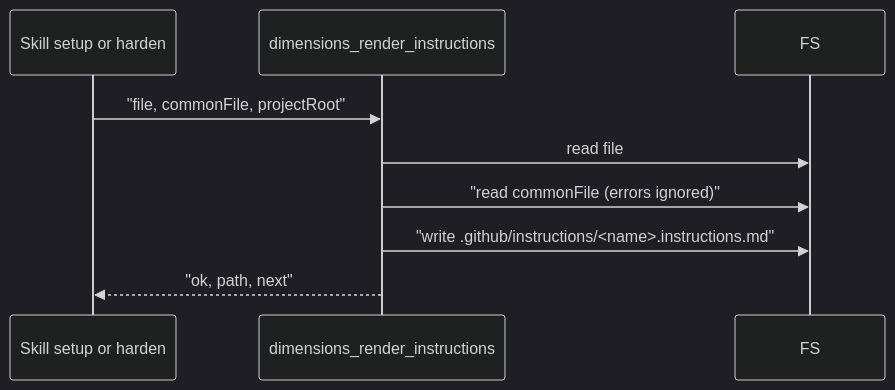
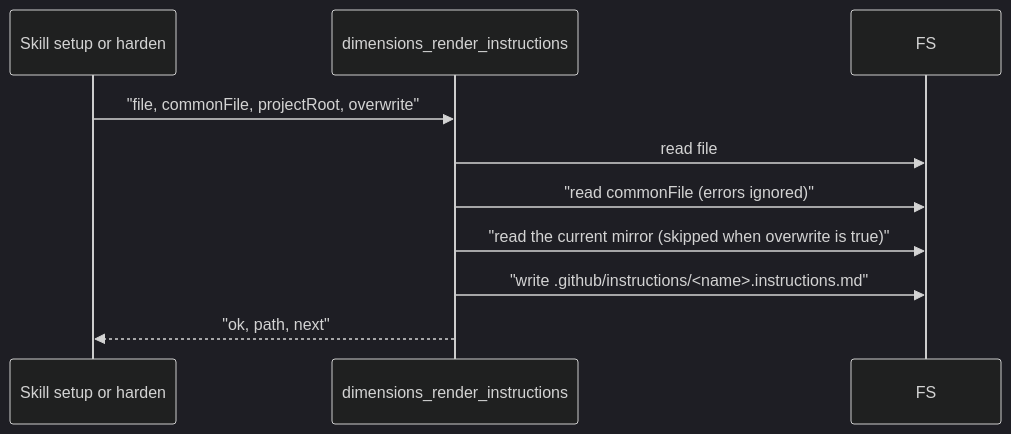
One commit to rnagrodzki/sdlc-plugin changed the first of 2 diagrams in openspec/specs/tool-dimensions-render-instructions/spec.md. Above: the diagram before and after it, drawn with Mermaid (dark theme). The commit also changed other lines of this file and 14 other files, not shown here.

````diff
--- a/openspec/specs/tool-dimensions-render-instructions/spec.md
+++ b/openspec/specs/tool-dimensions-render-instructions/spec.md
@@ -86,11 +91,12 @@
 ```mermaid
 sequenceDiagram
   participant Skill as Skill setup or harden
   participant T as dimensions_render_instructions
   participant FS
-  Skill->>T: "file, commonFile, projectRoot"
+  Skill->>T: "file, commonFile, projectRoot, overwrite"
   T->>FS: read file
   T->>FS: "read commonFile (errors ignored)"
+  T->>FS: "read the current mirror (skipped when overwrite is true)"
   T->>FS: "write .github/instructions/<name>.instructions.md"
   T-->>Skill: "ok, path, next"
 ```
````
